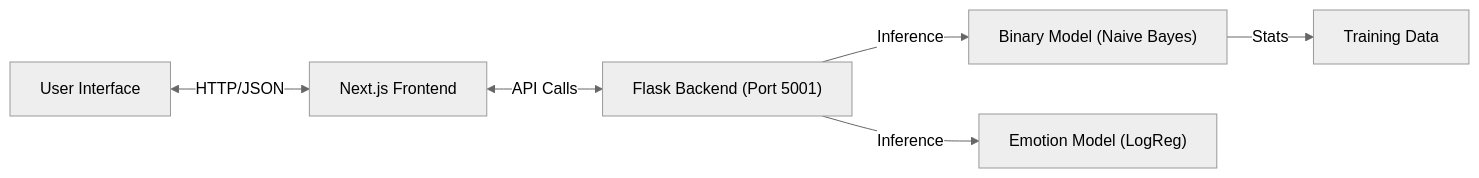
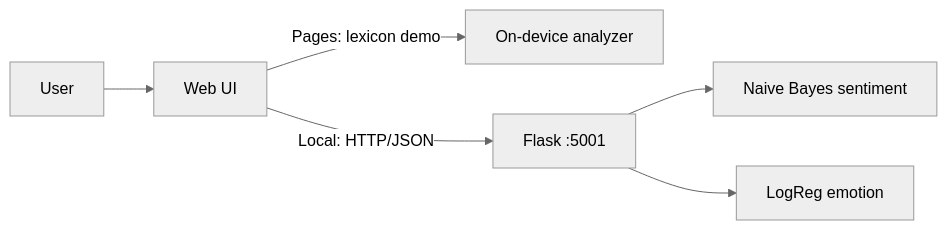
One commit to mangeshraut712/AI-Powered-Sentiment-Analysis changed the diagram in README.md. Above: the diagram before and after it, drawn with Mermaid (neutral theme). The commit also changed other lines of this file and 10 other files, not shown here.

First line of the commit message:
Deploy live sentiment demo to GitHub Pages

````diff
--- a/README.md
+++ b/README.md
@@ -40,8 +64,8 @@
 ```mermaid
-graph LR
-    User["User Interface"] <-->|HTTP/JSON| NextJS["Next.js Frontend"]
-    NextJS <-->|API Calls| Flask["Flask Backend (Port 5001)"]
-    Flask -->|Inference| Binary["Binary Model (Naive Bayes)"]
-    Flask -->|Inference| Emotion["Emotion Model (LogReg)"]
-    Binary -->|Stats| Data["Training Data"]
+flowchart LR
+    User["User"] --> UI["Web UI"]
+    UI -->|Pages: lexicon demo| Demo["On-device analyzer"]
+    UI -->|Local: HTTP/JSON| API["Flask :5001"]
+    API --> Binary["Naive Bayes sentiment"]
+    API --> Emotion["LogReg emotion"]
 ```
````
